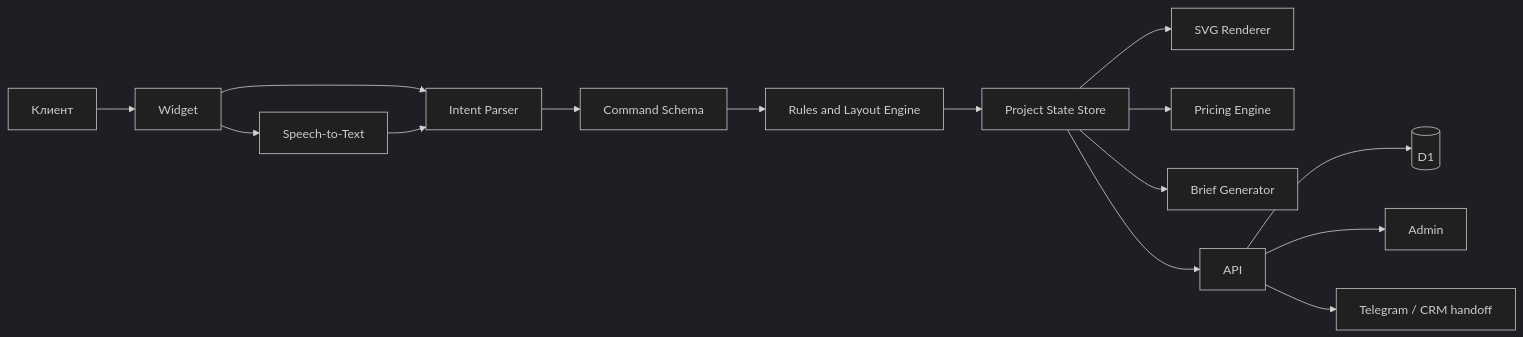
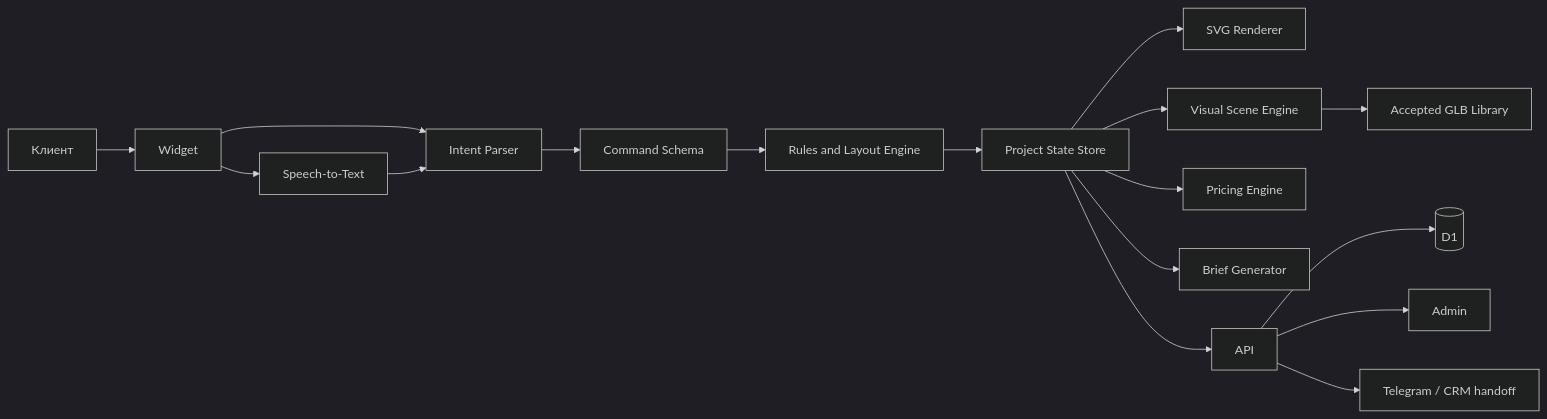
Before and after one commit to Murkin1980/mebelflow-ai: the first of 2 diagrams in ARCHITECTURE.md, drawn with Mermaid (dark theme). The commit also changed other lines of this file and 24 other files, not shown here.

Commit message:
Add accepted GLB library foundation

````diff
--- a/ARCHITECTURE.md
+++ b/ARCHITECTURE.md
@@ -5,17 +5,19 @@
 ```mermaid
 flowchart LR
     U[Клиент] --> W[Widget]
     W --> STT[Speech-to-Text]
     W --> IP[Intent Parser]
     STT --> IP
     IP --> CS[Command Schema]
     CS --> RE[Rules and Layout Engine]
     RE --> PS[Project State Store]
     PS --> SVG[SVG Renderer]
+    PS --> VSE[Visual Scene Engine]
+    VSE --> GLB[Accepted GLB Library]
     PS --> PE[Pricing Engine]
     PS --> PDF[Brief Generator]
     PS --> API[API]
     API --> DB[(D1)]
     API --> ADM[Admin]
     API --> NT[Telegram / CRM handoff]
 ```
````
